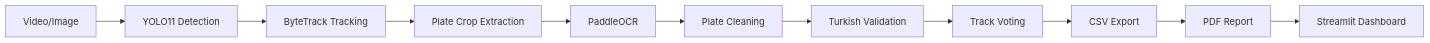
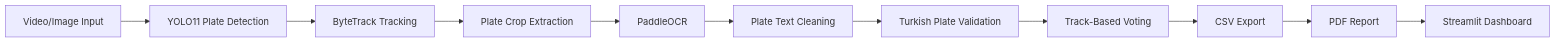
Before and after one commit to Huseyinyagmur/AI-Turkish-License-Plate-Recognition: the diagram in README.md, drawn with Mermaid.

Commit message:
Fix README formatting and setup instructions

````diff
--- a/README.md
+++ b/README.md
@@ -16,13 +16,13 @@
 ```mermaid
 flowchart LR
-    A[Video/Image] --> B[YOLO11 Detection]
+    A[Video/Image Input] --> B[YOLO11 Plate Detection]
     B --> C[ByteTrack Tracking]
     C --> D[Plate Crop Extraction]
     D --> E[PaddleOCR]
-    E --> F[Plate Cleaning]
-    F --> G[Turkish Validation]
-    G --> H[Track Voting]
+    E --> F[Plate Text Cleaning]
+    F --> G[Turkish Plate Validation]
+    G --> H[Track-Based Voting]
     H --> I[CSV Export]
     I --> J[PDF Report]
     J --> K[Streamlit Dashboard]
 ```
````
